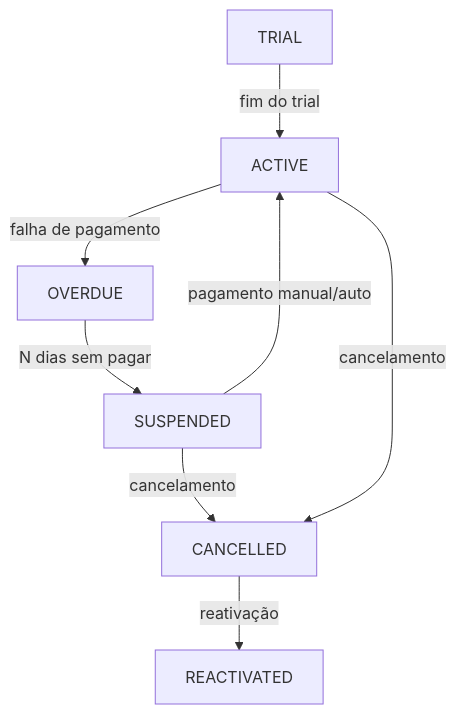
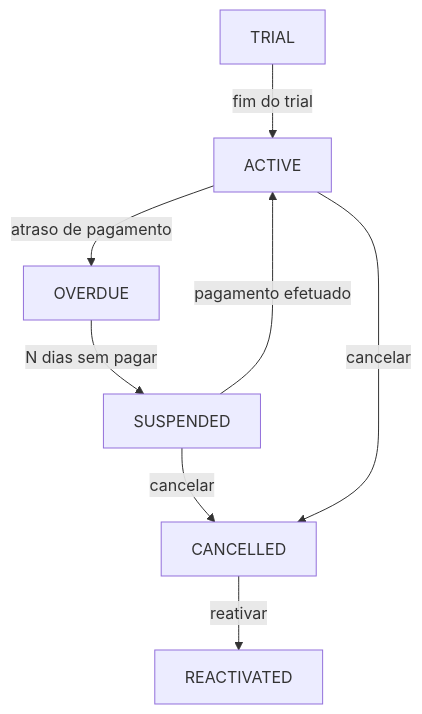
One commit to OdevMatheus/Nexum changed the third of 3 diagrams in docs/README.pt-BR.md. Above: the diagram before and after it, drawn with Mermaid. The commit also changed other lines of this file and 1 other file, not shown here.

````diff
--- a/docs/README.pt-BR.md
+++ b/docs/README.pt-BR.md
@@ -57,10 +75,10 @@
 ```mermaid
 graph TD
     TRIAL -->|fim do trial| ACTIVE
-    ACTIVE -->|falha de pagamento| OVERDUE
+    ACTIVE -->|atraso de pagamento| OVERDUE
     OVERDUE -->|N dias sem pagar| SUSPENDED
-    SUSPENDED -->|pagamento manual/auto| ACTIVE
-    SUSPENDED -->|cancelamento| CANCELLED
-    ACTIVE -->|cancelamento| CANCELLED
-    CANCELLED -->|reativação| REACTIVATED
+    SUSPENDED -->|pagamento efetuado| ACTIVE
+    SUSPENDED -->|cancelar| CANCELLED
+    ACTIVE -->|cancelar| CANCELLED
+    CANCELLED -->|reativar| REACTIVATED
 ```
````
